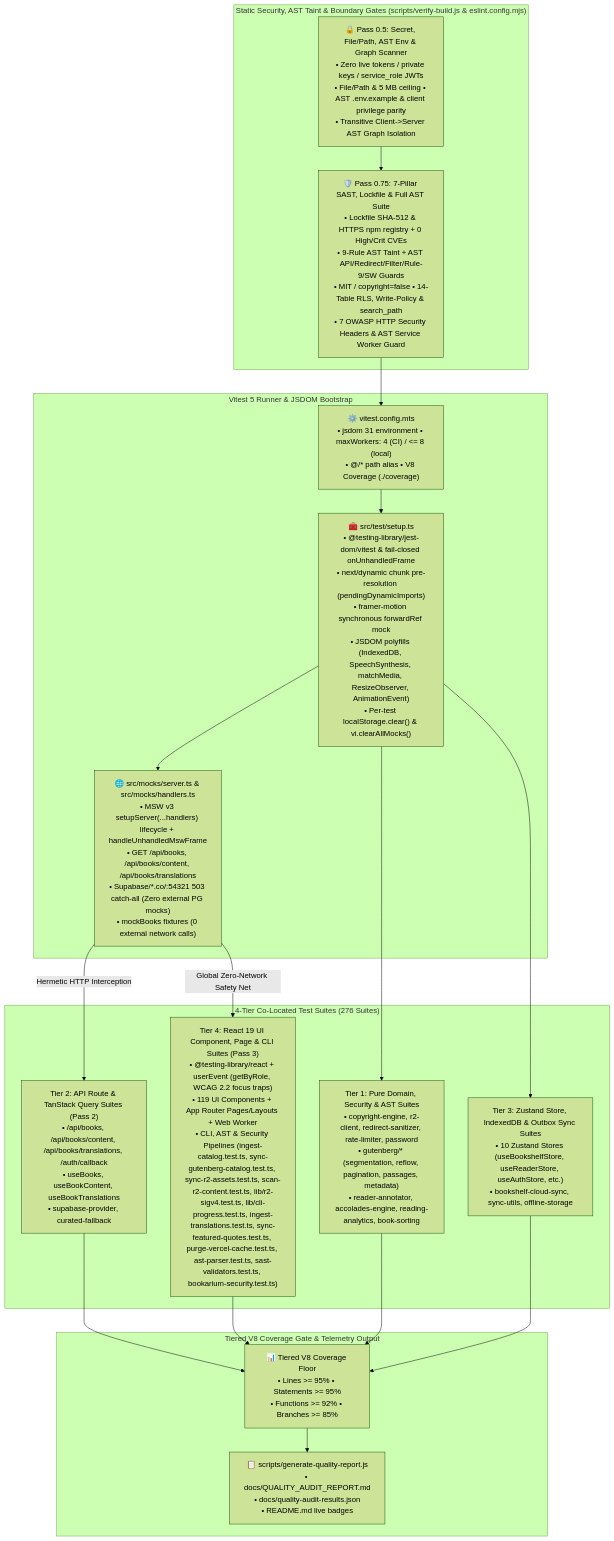
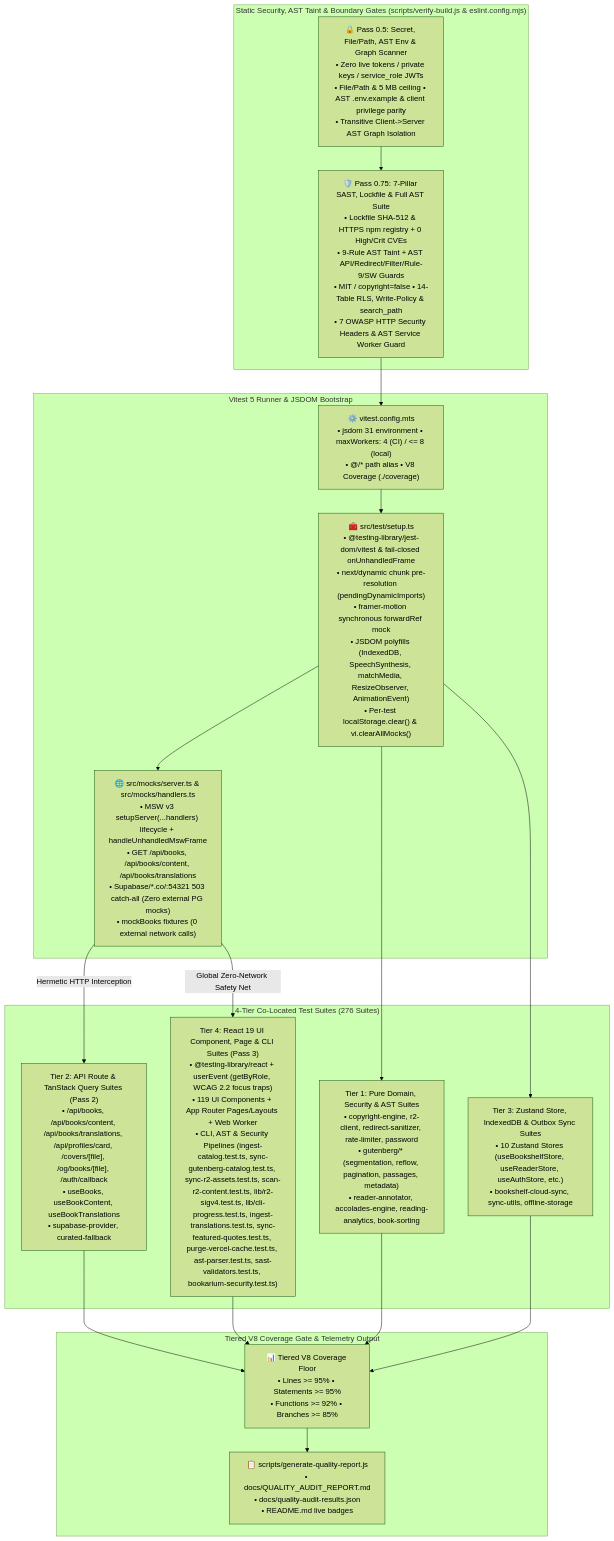
One commit to calin-m/Bookarium changed the diagram in docs/architecture/ast-topology-and-tooling.md. Above: the diagram before and after it, drawn with Mermaid (forest theme). The commit also changed other lines of this file and 63 other files, not shown here.

````diff
--- a/docs/architecture/ast-topology-and-tooling.md
+++ b/docs/architecture/ast-topology-and-tooling.md
@@ -15,39 +15,39 @@
 ```mermaid
 flowchart TD
     subgraph SecurityGates ["Static Security, AST Taint & Boundary Gates (scripts/verify-build.js & eslint.config.mjs)"]
         Pass05["🔒 Pass 0.5: Secret, File/Path, AST Env & Graph Scanner\n• Zero live tokens / private keys / service_role JWTs\n• File/Path & 5 MB ceiling • AST .env.example & client privilege parity\n• Transitive Client->Server AST Graph Isolation"]
         Pass075["🛡️ Pass 0.75: 7-Pillar SAST, Lockfile & Full AST Suite\n• Lockfile SHA-512 & HTTPS npm registry + 0 High/Crit CVEs\n• 9-Rule AST Taint + AST API/Redirect/Filter/Rule-9/SW Guards\n• MIT / copyright=false • 14-Table RLS, Write-Policy & search_path\n• 7 OWASP HTTP Security Headers & AST Service Worker Guard"]
     end
 
     subgraph TestRunner ["Vitest 5 Runner & JSDOM Bootstrap"]
         VitestCfg["⚙️ vitest.config.mts\n• jsdom 31 environment • maxWorkers: 4 (CI) / <= 8 (local)\n• @/* path alias • V8 Coverage (./coverage)"]
         TestSetup["🧰 src/test/setup.ts\n• @testing-library/jest-dom/vitest & fail-closed onUnhandledFrame\n• next/dynamic chunk pre-resolution (pendingDynamicImports)\n• framer-motion synchronous forwardRef mock\n• JSDOM polyfills (IndexedDB, SpeechSynthesis, matchMedia, ResizeObserver, AnimationEvent)\n• Per-test localStorage.clear() & vi.clearAllMocks()"]
         MSWServer["🌐 src/mocks/server.ts & src/mocks/handlers.ts\n• MSW v3 setupServer(...handlers) lifecycle + handleUnhandledMswFrame\n• GET /api/books, /api/books/content, /api/books/translations\n• Supabase/*.co/:54321 503 catch-all (Zero external PG mocks)\n• mockBooks fixtures (0 external network calls)"]
     end
 
     subgraph TestTiers ["4-Tier Co-Located Test Suites (276 Suites)"]
         Tier1["Tier 1: Pure Domain, Security & AST Suites\n• copyright-engine, r2-client, redirect-sanitizer, rate-limiter, password\n• gutenberg/* (segmentation, reflow, pagination, passages, metadata)\n• reader-annotator, accolades-engine, reading-analytics, book-sorting"]
-        Tier2["Tier 2: API Route & TanStack Query Suites (Pass 2)\n• /api/books, /api/books/content, /api/books/translations, /auth/callback\n• useBooks, useBookContent, useBookTranslations\n• supabase-provider, curated-fallback"]
+        Tier2["Tier 2: API Route & TanStack Query Suites (Pass 2)\n• /api/books, /api/books/content, /api/books/translations, /api/profiles/card, /covers/[file], /og/books/[file], /auth/callback\n• useBooks, useBookContent, useBookTranslations\n• supabase-provider, curated-fallback"]
         Tier3["Tier 3: Zustand Store, IndexedDB & Outbox Sync Suites\n• 10 Zustand Stores (useBookshelfStore, useReaderStore, useAuthStore, etc.)\n• bookshelf-cloud-sync, sync-utils, offline-storage"]
         Tier4["Tier 4: React 19 UI Component, Page & CLI Suites (Pass 3)\n• @testing-library/react + userEvent (getByRole, WCAG 2.2 focus traps)\n• 119 UI Components + App Router Pages/Layouts + Web Worker\n• CLI, AST & Security Pipelines (ingest-catalog.test.ts, sync-gutenberg-catalog.test.ts, sync-r2-assets.test.ts, scan-r2-content.test.ts, lib/r2-sigv4.test.ts, lib/cli-progress.test.ts, ingest-translations.test.ts, sync-featured-quotes.test.ts, purge-vercel-cache.test.ts, ast-parser.test.ts, sast-validators.test.ts, bookarium-security.test.ts)"]
     end
 
     subgraph CoverageGate ["Tiered V8 Coverage Gate & Telemetry Output"]
         V8Thresholds["📊 Tiered V8 Coverage Floor\n• Lines >= 95% • Statements >= 95%\n• Functions >= 92% • Branches >= 85%"]
         QualityReport["📋 scripts/generate-quality-report.js\n• docs/QUALITY_AUDIT_REPORT.md\n• docs/quality-audit-results.json\n• README.md live badges"]
     end
 
     Pass05 --> Pass075
     Pass075 --> VitestCfg
     VitestCfg --> TestSetup
     TestSetup --> MSWServer
     TestSetup --> Tier1
     MSWServer -->|"Hermetic HTTP Interception"| Tier2
     TestSetup --> Tier3
     MSWServer -->|"Global Zero-Network Safety Net"| Tier4
     Tier1 --> V8Thresholds
     Tier2 --> V8Thresholds
     Tier3 --> V8Thresholds
     Tier4 --> V8Thresholds
     V8Thresholds --> QualityReport
 ```
````
